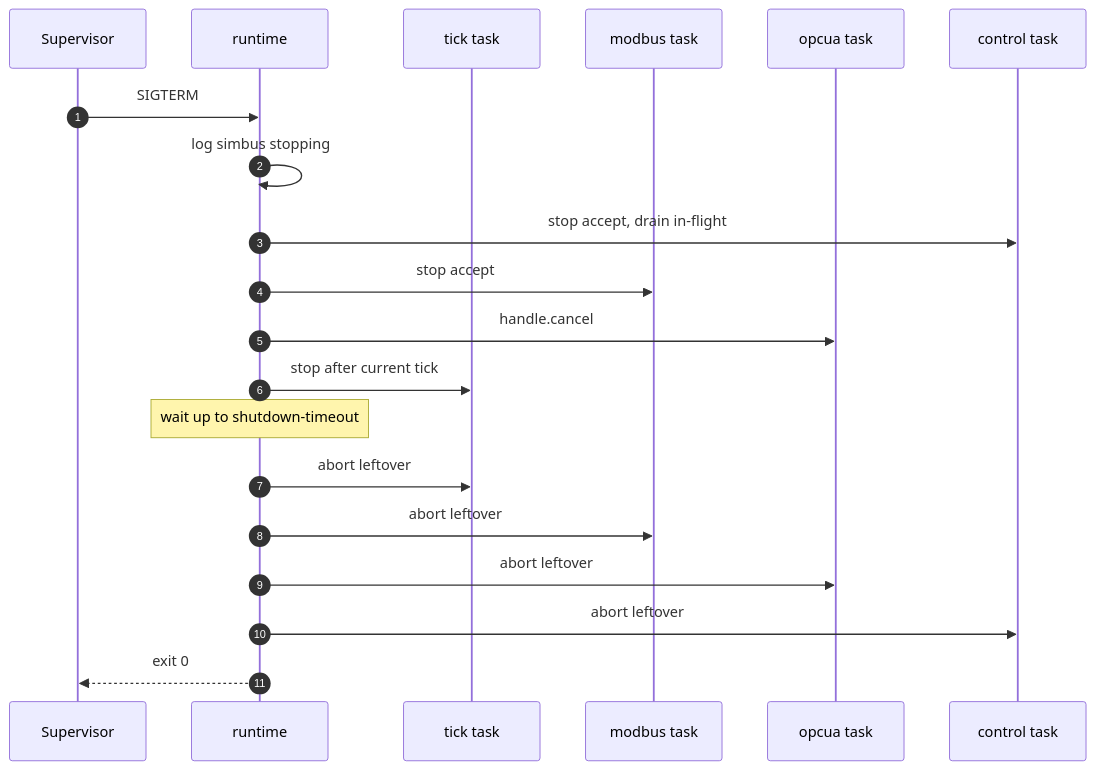
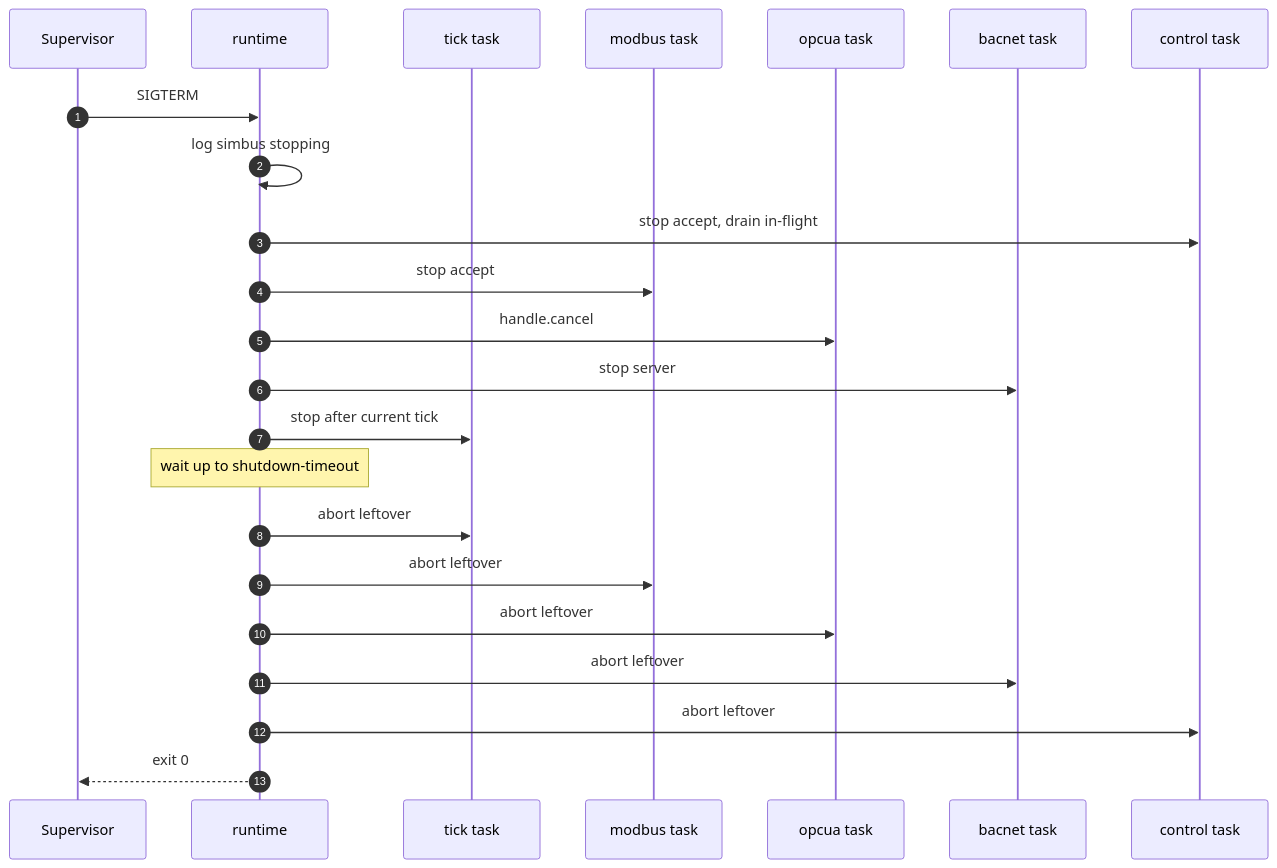
One commit to obsidia-systems/simbus changed the second of 2 diagrams in docs/runtime.md. Above: the diagram before and after it, drawn with Mermaid. The commit also changed other lines of this file and 28 other files, not shown here.

````diff
--- a/docs/runtime.md
+++ b/docs/runtime.md
@@ -215,22 +222,25 @@
 ```mermaid
 sequenceDiagram
     autonumber
     participant OS as Supervisor
     participant RT as runtime
     participant T as tick task
     participant MB as modbus task
     participant UA as opcua task
+    participant BN as bacnet task
     participant HTTP as control task
     OS->>RT: SIGTERM
     RT->>RT: log simbus stopping
     RT->>HTTP: stop accept, drain in-flight
     RT->>MB: stop accept
     RT->>UA: handle.cancel
+    RT->>BN: stop server
     RT->>T: stop after current tick
     Note over RT: wait up to shutdown-timeout
     RT->>T: abort leftover
     RT->>MB: abort leftover
     RT->>UA: abort leftover
+    RT->>BN: abort leftover
     RT->>HTTP: abort leftover
     RT-->>OS: exit 0
 ```
````
